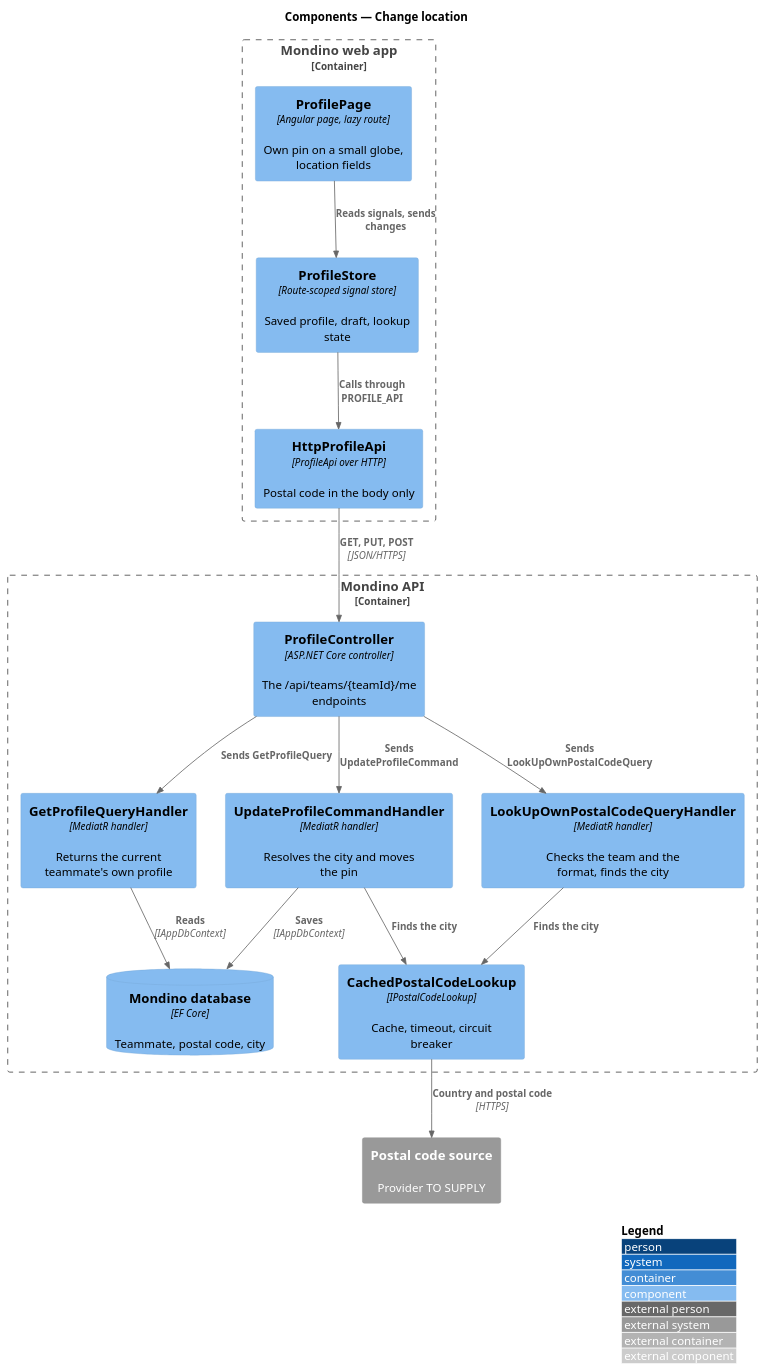
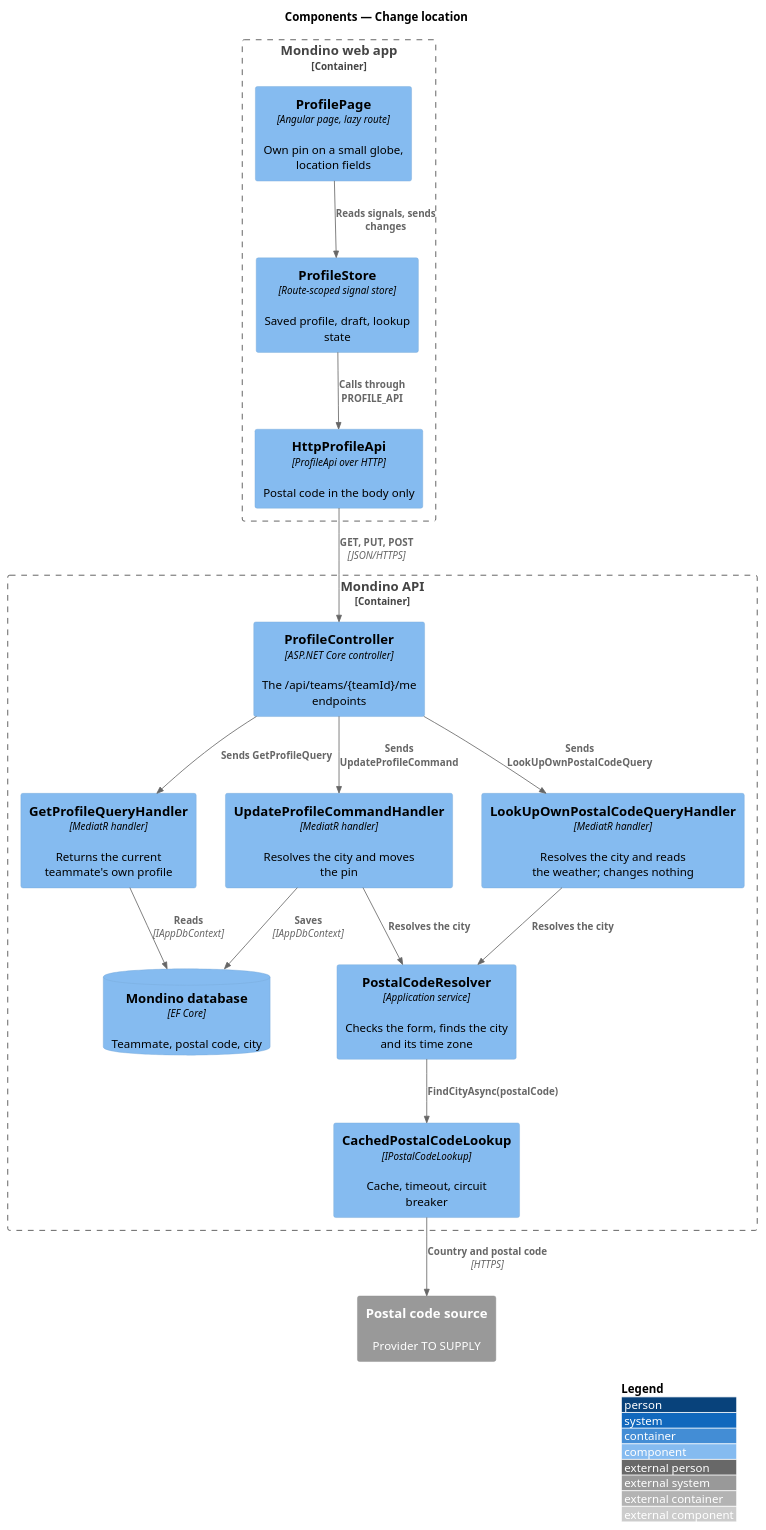
Before and after one commit to QuinntyneBrown/Mondino: the diagram in docs/detailed-designs/profile/change-location/diagrams/c4-component.puml, drawn with PlantUML. The commit also changed 69 other files, not shown here.

```diff
--- a/docs/detailed-designs/profile/change-location/diagrams/c4-component.puml
+++ b/docs/detailed-designs/profile/change-location/diagrams/c4-component.puml
@@ -1,32 +1,34 @@
 @startuml
 !include <C4/C4_Component>
 LAYOUT_WITH_LEGEND()
 title Components — Change location
 
 Container_Boundary(spa, "Mondino web app") {
   Component(page, "ProfilePage", "Angular page, lazy route", "Own pin on a small globe, location fields")
   Component(store, "ProfileStore", "Route-scoped signal store", "Saved profile, draft, lookup state")
   Component(client, "HttpProfileApi", "ProfileApi over HTTP", "Postal code in the body only")
 }
 Container_Boundary(api, "Mondino API") {
   Component(ctrl, "ProfileController", "ASP.NET Core controller", "The /api/teams/{teamId}/me endpoints")
   Component(get, "GetProfileQueryHandler", "MediatR handler", "Returns the current teammate's own profile")
-  Component(lookup, "LookUpOwnPostalCodeQueryHandler", "MediatR handler", "Checks the team and the format, finds the city")
+  Component(lookup, "LookUpOwnPostalCodeQueryHandler", "MediatR handler", "Resolves the city and reads the weather; changes nothing")
   Component(update, "UpdateProfileCommandHandler", "MediatR handler", "Resolves the city and moves the pin")
+  Component(resolver, "PostalCodeResolver", "Application service", "Checks the form, finds the city and its time zone")
   Component(source, "CachedPostalCodeLookup", "IPostalCodeLookup", "Cache, timeout, circuit breaker")
   ComponentDb(db, "Mondino database", "EF Core", "Teammate, postal code, city")
 }
 System_Ext(postal, "Postal code source", "Provider TO SUPPLY")
 
 Rel(page, store, "Reads signals, sends changes")
 Rel(store, client, "Calls through PROFILE_API")
 Rel(client, ctrl, "GET, PUT, POST", "JSON/HTTPS")
 Rel(ctrl, get, "Sends GetProfileQuery")
 Rel(ctrl, lookup, "Sends LookUpOwnPostalCodeQuery")
 Rel(ctrl, update, "Sends UpdateProfileCommand")
-Rel(lookup, source, "Finds the city")
-Rel(update, source, "Finds the city")
+Rel(lookup, resolver, "Resolves the city")
+Rel(update, resolver, "Resolves the city")
+Rel(resolver, source, "FindCityAsync(postalCode)")
 Rel(get, db, "Reads", "IAppDbContext")
 Rel(update, db, "Saves", "IAppDbContext")
 Rel(source, postal, "Country and postal code", "HTTPS")
 @enduml
```
